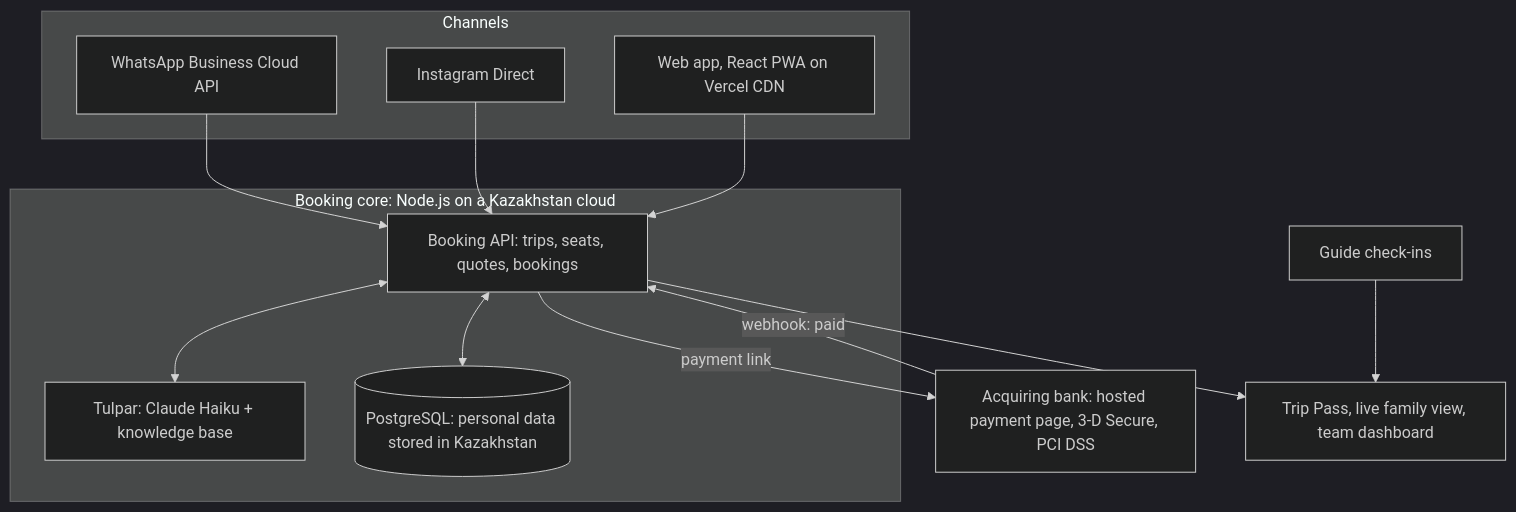
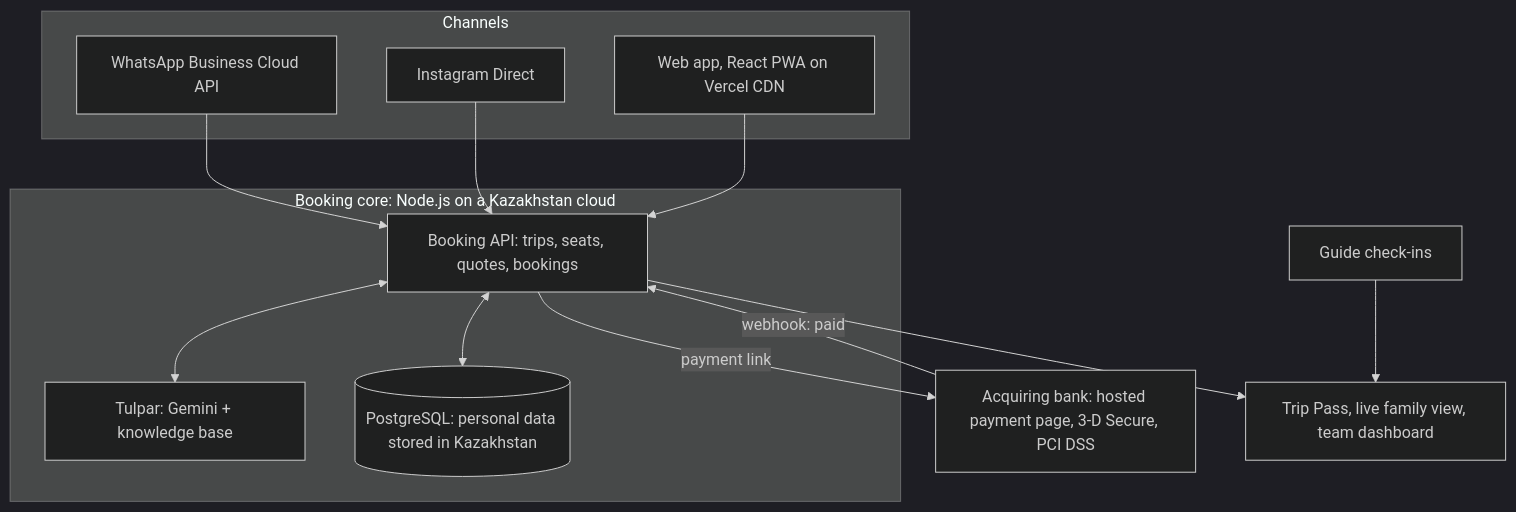
One commit to nurbekkairbek2012-wq/zerttex changed the second of 2 diagrams in README.md. Above: the diagram before and after it, drawn with Mermaid (dark theme). The commit also changed other lines of this file and 30 other files, not shown here.

First line of the commit message:
Draggable Tulpar, 4 languages (EN/HI/RU/KK), Gemini LLM mode with server-side key

````diff
--- a/README.md
+++ b/README.md
@@ -221,25 +225,25 @@
 ```mermaid
 flowchart TB
   subgraph Channels
     W[WhatsApp Business Cloud API]
     I[Instagram Direct]
     WEB[Web app, React PWA on Vercel CDN]
   end
   subgraph Core[Booking core: Node.js on a Kazakhstan cloud]
     API[Booking API: trips, seats, quotes, bookings]
-    AI[Tulpar: Claude Haiku + knowledge base]
+    AI[Tulpar: Gemini + knowledge base]
     DB[(PostgreSQL: personal data stored in Kazakhstan)]
   end
   PAY[Acquiring bank: hosted payment page, 3-D Secure, PCI DSS]
   OUT[Trip Pass, live family view, team dashboard]
   GA[Guide check-ins]
   W --> API
   I --> API
   WEB --> API
   API <--> AI
   API <--> DB
   API -- payment link --> PAY
   PAY -- webhook: paid --> API
   API --> OUT
   GA --> OUT
 ```
````
